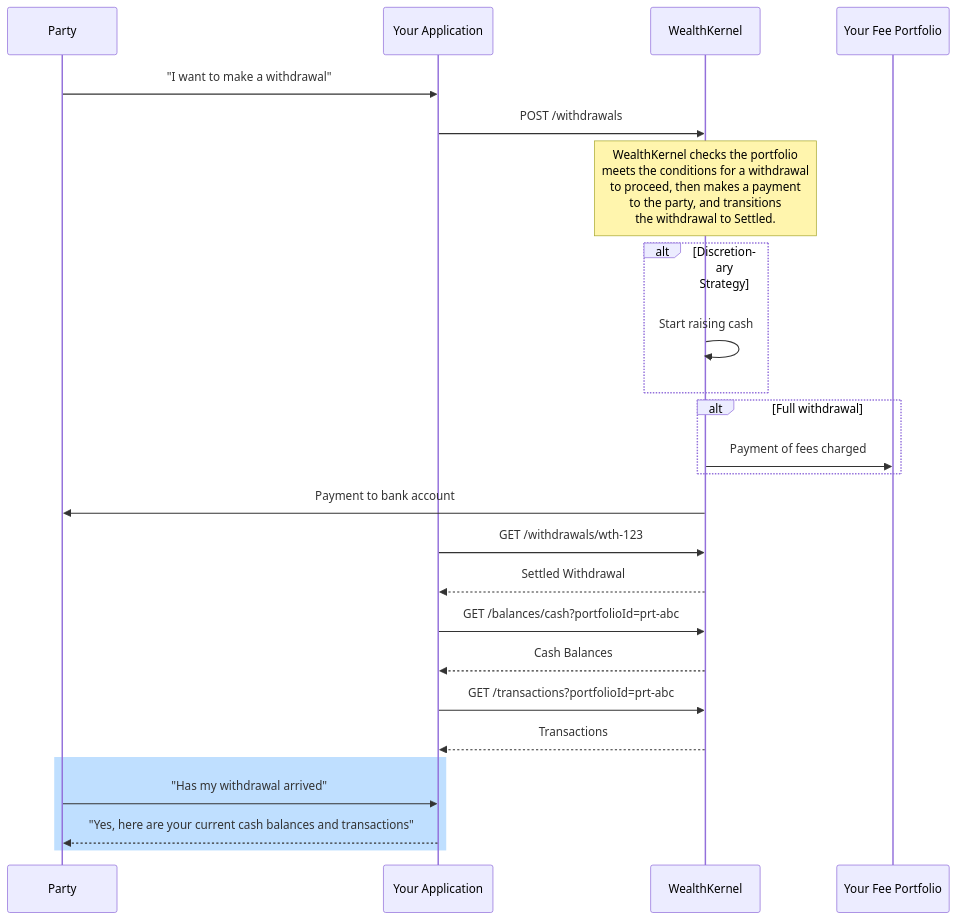
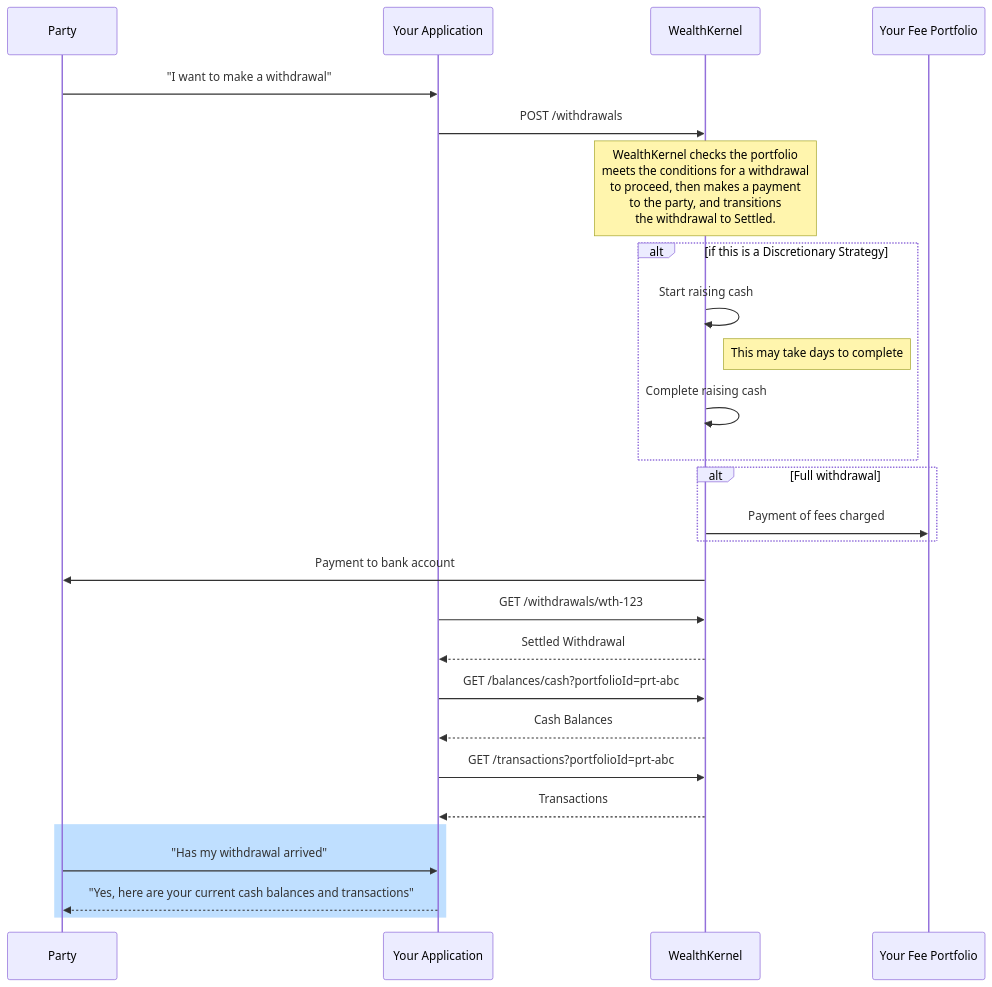
One commit to wealthkernel/api-documentation-guides changed the diagram in docs/withdrawals/Basics.md. Above: the diagram before and after it, drawn with Mermaid.

````diff
--- a/docs/withdrawals/Basics.md
+++ b/docs/withdrawals/Basics.md
@@ -19,32 +19,34 @@
 ```mermaid
 sequenceDiagram
 
 Party ->> Your Application: "I want to make a withdrawal"
 
 Your Application ->> WealthKernel: POST /withdrawals
 Note over WealthKernel: WealthKernel checks the portfolio <br> meets the conditions for a withdrawal<br>to proceed, then makes a payment<br> to the party, and transitions<br> the withdrawal to Settled.
 
-alt Discretionary Strategy
+alt if this is a Discretionary Strategy
 WealthKernel ->> WealthKernel: Start raising cash
+Note right of WealthKernel: This may take days to complete
+WealthKernel ->> WealthKernel: Complete raising cash
 end
 
 alt Full withdrawal
 WealthKernel ->> Your Fee Portfolio: Payment of fees charged
 end
 
 WealthKernel ->> Party: Payment to bank account
 
 Your Application ->> WealthKernel: GET /withdrawals/wth-123
 WealthKernel -->> Your Application: Settled Withdrawal
 
 Your Application ->> WealthKernel: GET /balances/cash?portfolioId=prt-abc
 WealthKernel -->> Your Application: Cash Balances
 
 Your Application ->> WealthKernel: GET /transactions?portfolioId=prt-abc
 WealthKernel -->> Your Application: Transactions
 
 rect rgb(191, 223, 255)
 Party ->> Your Application: "Has my withdrawal arrived"
 Your Application -->> Party: "Yes, here are your current cash balances and transactions"
 end
 ```
````
